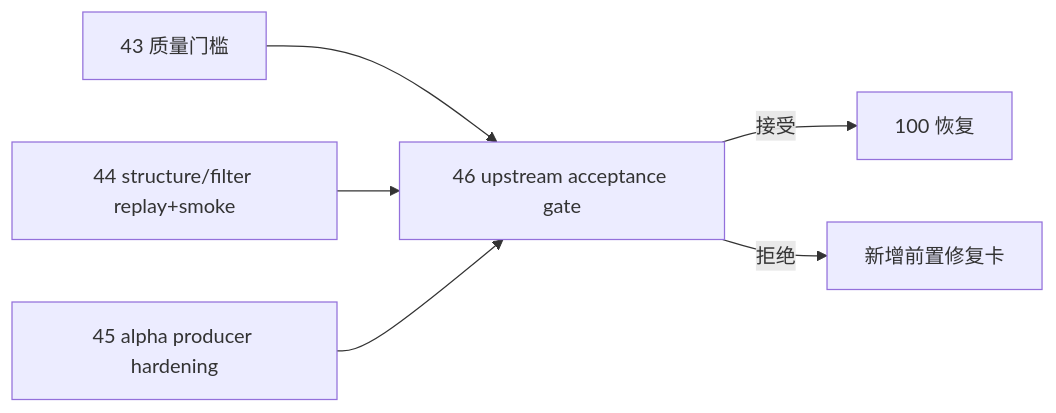
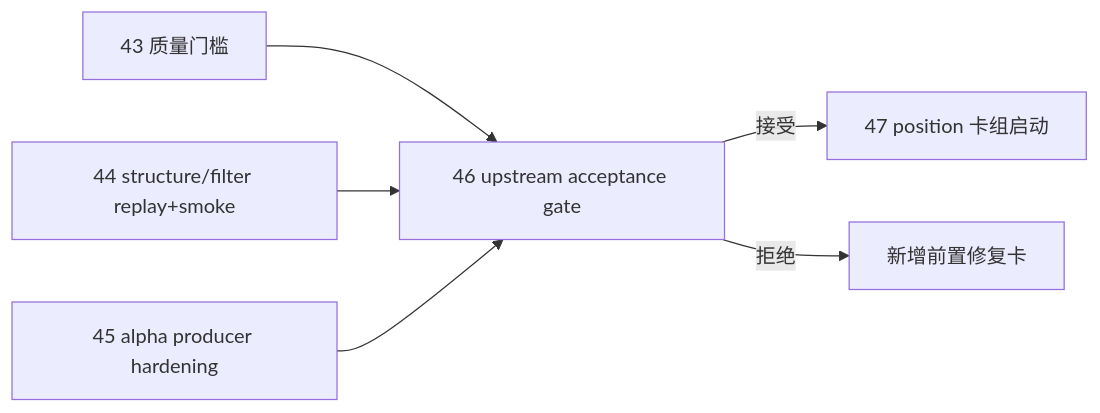
One commit to everything-is-simple/lifespan-0.01 changed the diagram in docs/01-design/modules/system/14-pre-position-upstream-acceptance-gate-charter-20260413.md. Above: the diagram before and after it, drawn with Mermaid. The commit also changed other lines of this file and 10 other files, not shown here.

````diff
--- a/docs/01-design/modules/system/14-pre-position-upstream-acceptance-gate-charter-20260413.md
+++ b/docs/01-design/modules/system/14-pre-position-upstream-acceptance-gate-charter-20260413.md
@@ -42,8 +42,8 @@
 ```mermaid
 flowchart LR
     C43["43 质量门槛"] --> C46["46 upstream acceptance gate"]
     C44["44 structure/filter replay+smoke"] --> C46
     C45["45 alpha producer hardening"] --> C46
-    C46 -->|接受| C100["100 恢复"]
+    C46 -->|接受| C47["47 position 卡组启动"]
     C46 -->|拒绝| FIX["新增前置修复卡"]
 ```
````
